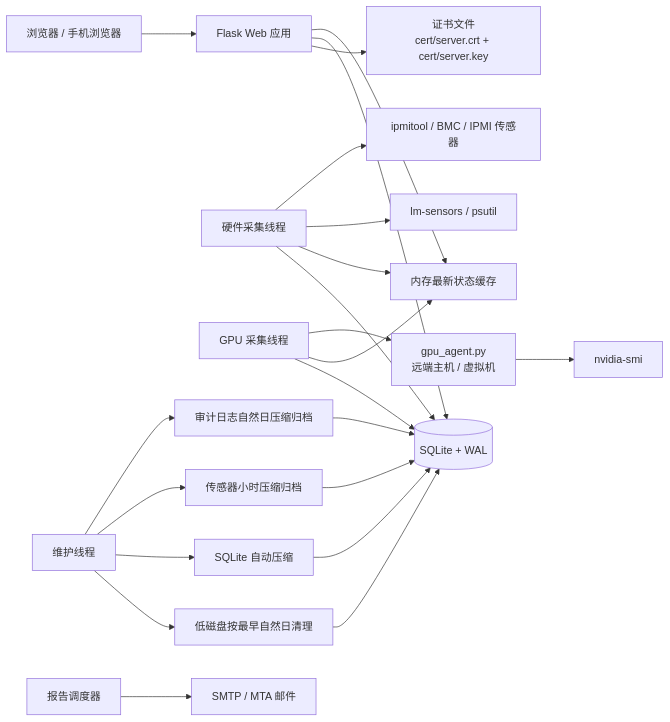
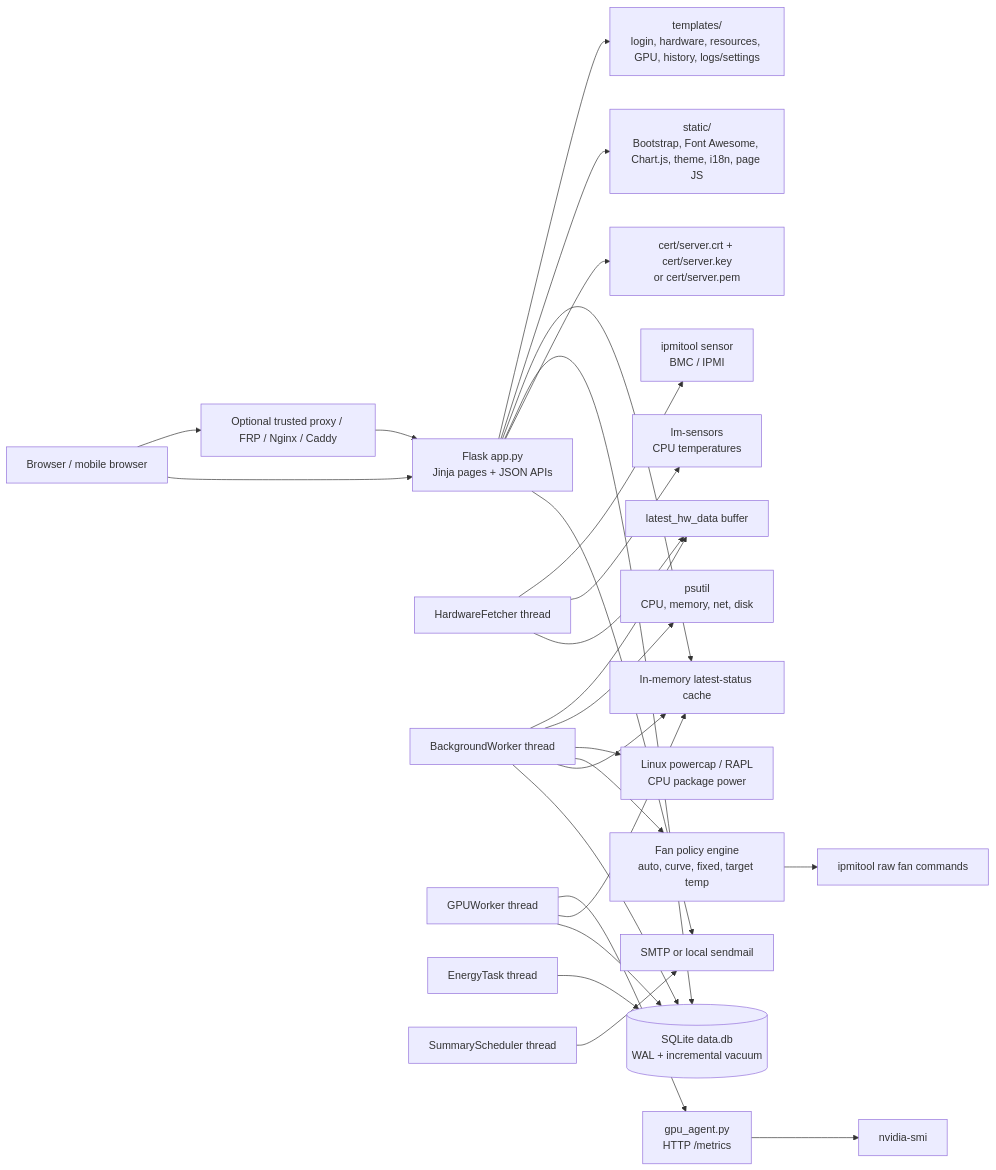
Before and after one commit to stlin256/IPMI_WEB: the first of 5 diagrams in README.md, drawn with Mermaid. The commit also changed other lines of this file and 1 other file, not shown here.

````diff
--- a/README.md
+++ b/README.md
@@ -129,28 +62,33 @@
 ```mermaid
 flowchart LR
-    Browser["浏览器 / 手机浏览器"] --> Flask["Flask Web 应用"]
-    Flask --> Cache["内存最新状态缓存"]
-    Flask --> DB[("SQLite + WAL")]
-    Flask --> Cert["证书文件\ncert/server.crt + cert/server.key"]
+    Browser["Browser / mobile browser"] --> Proxy["Optional trusted proxy / FRP / Nginx / Caddy"]
+    Proxy --> Flask["Flask app.py<br/>Jinja pages + JSON APIs"]
+    Browser --> Flask
 
-    HW["硬件采集线程"] --> IPMI["ipmitool / BMC / IPMI 传感器"]
-    HW --> Sensors["lm-sensors / psutil"]
-    HW --> Cache
-    HW --> DB
+    Flask --> Templates["templates/<br/>login, hardware, resources, GPU, history, logs/settings"]
+    Flask --> Static["static/<br/>Bootstrap, Font Awesome, Chart.js, theme, i18n, page JS"]
+    Flask --> Cache["In-memory latest-status cache"]
+    Flask --> DB[("SQLite data.db<br/>WAL + incremental vacuum")]
+    Flask --> Cert["cert/server.crt + cert/server.key<br/>or cert/server.pem"]
 
-    GPUWorker["GPU 采集线程"] --> Agent["gpu_agent.py\n远端主机 / 虚拟机"]
-    Agent --> SMI["nvidia-smi"]
+    HardwareFetcher["HardwareFetcher thread"] --> IPMI["ipmitool sensor<br/>BMC / IPMI"]
+    HardwareFetcher --> LMSensors["lm-sensors<br/>CPU temperatures"]
+    HardwareFetcher --> LatestHW["latest_hw_data buffer"]
+
+    BackgroundWorker["BackgroundWorker thread"] --> LatestHW
+    BackgroundWorker --> Psutil["psutil<br/>CPU, memory, net, disk"]
+    BackgroundWorker --> RAPL["Linux powercap / RAPL<br/>CPU package power"]
+    BackgroundWorker --> FanPolicy["Fan policy engine<br/>auto, curve, fixed, target temp"]
+    FanPolicy --> IPMIRaw["ipmitool raw fan commands"]
+    BackgroundWorker --> Cache
+    BackgroundWorker --> DB
+
+    GPUWorker["GPUWorker thread"] --> GPUAgent["gpu_agent.py<br/>HTTP /metrics"]
+    GPUAgent --> NvidiaSMI["nvidia-smi"]
     GPUWorker --> Cache
     GPUWorker --> DB
 
-    Energy["维护线程"] --> Archive["审计日志自然日压缩归档"]
-    Energy --> SensorArchive["传感器小时压缩归档"]
-    Energy --> Vacuum["SQLite 自动压缩"]
-    Energy --> Prune["低磁盘按最早自然日清理"]
-    Archive --> DB
-    SensorArchive --> DB
-    Vacuum --> DB
-    Prune --> DB
-
-    Scheduler["报告调度器"] --> Mail["SMTP / MTA 邮件"]
+    EnergyTask["EnergyTask thread"] --> DB
+    SummaryTask["SummaryScheduler thread"] --> Mail["SMTP or local sendmail"]
+    Flask --> Mail
 ```
````
